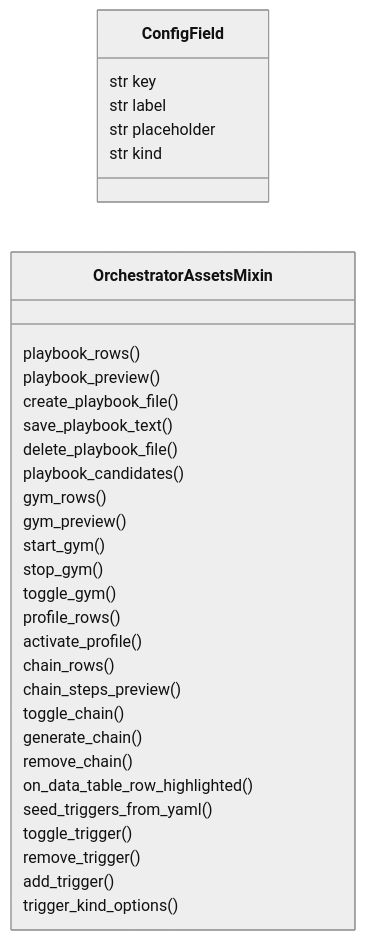
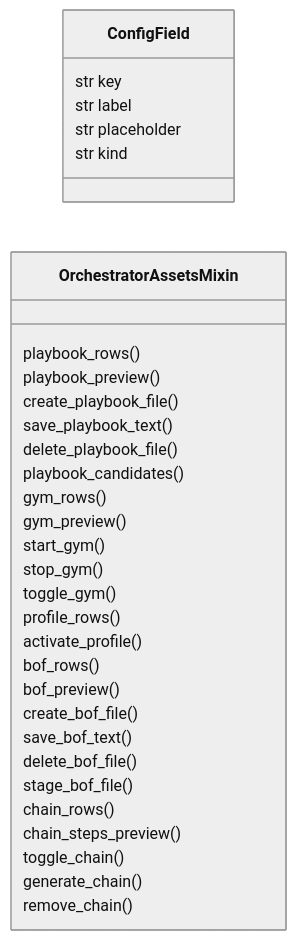
The first of 2 diagrams in readmenator-apidocs/modules/cli.orchestrator_assets_tabs.py.md (grisuno/LazyOwn), drawn with Mermaid (neutral theme) before and after one commit. The commit also changed other lines of this file and 380 other files, not shown here.

````diff
--- a/readmenator-apidocs/modules/cli.orchestrator_assets_tabs.py.md
+++ b/readmenator-apidocs/modules/cli.orchestrator_assets_tabs.py.md
@@ -20,34 +20,34 @@
 ```mermaid
 classDiagram
     direction LR
     class ConfigField
     ConfigField : str key
     ConfigField : str label
     ConfigField : str placeholder
     ConfigField : str kind
     class OrchestratorAssetsMixin
     OrchestratorAssetsMixin : playbook_rows()
     OrchestratorAssetsMixin : playbook_preview()
     OrchestratorAssetsMixin : create_playbook_file()
     OrchestratorAssetsMixin : save_playbook_text()
     OrchestratorAssetsMixin : delete_playbook_file()
     OrchestratorAssetsMixin : playbook_candidates()
     OrchestratorAssetsMixin : gym_rows()
     OrchestratorAssetsMixin : gym_preview()
     OrchestratorAssetsMixin : start_gym()
     OrchestratorAssetsMixin : stop_gym()
     OrchestratorAssetsMixin : toggle_gym()
     OrchestratorAssetsMixin : profile_rows()
     OrchestratorAssetsMixin : activate_profile()
+    OrchestratorAssetsMixin : bof_rows()
+    OrchestratorAssetsMixin : bof_preview()
+    OrchestratorAssetsMixin : create_bof_file()
+    OrchestratorAssetsMixin : save_bof_text()
+    OrchestratorAssetsMixin : delete_bof_file()
+    OrchestratorAssetsMixin : stage_bof_file()
     OrchestratorAssetsMixin : chain_rows()
     OrchestratorAssetsMixin : chain_steps_preview()
     OrchestratorAssetsMixin : toggle_chain()
     OrchestratorAssetsMixin : generate_chain()
     OrchestratorAssetsMixin : remove_chain()
-    OrchestratorAssetsMixin : on_data_table_row_highlighted()
-    OrchestratorAssetsMixin : seed_triggers_from_yaml()
-    OrchestratorAssetsMixin : toggle_trigger()
-    OrchestratorAssetsMixin : remove_trigger()
-    OrchestratorAssetsMixin : add_trigger()
-    OrchestratorAssetsMixin : trigger_kind_options()
 ```
````
